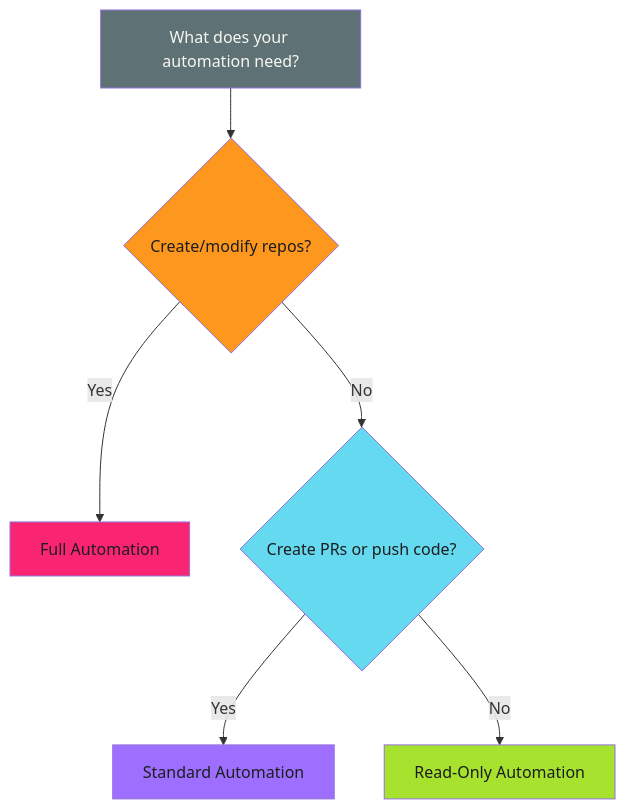
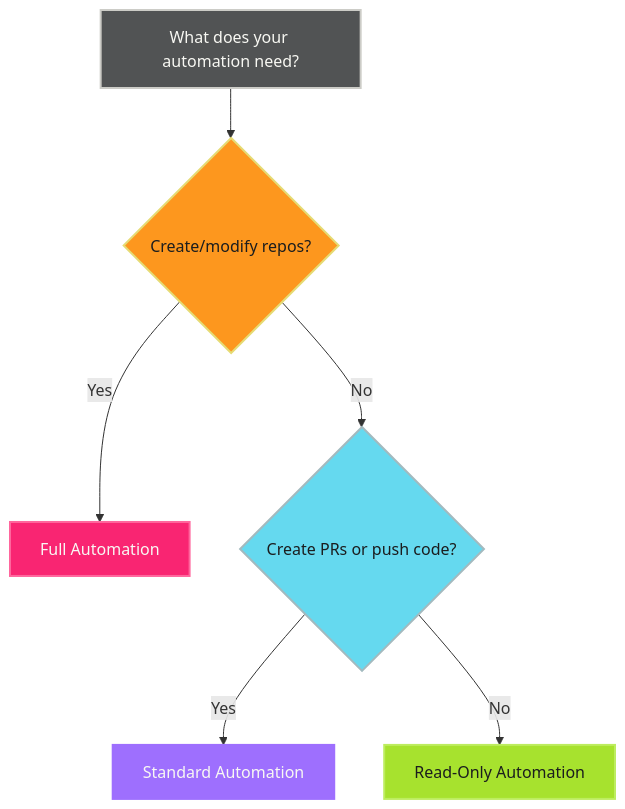
The diagram in docs/operator-manual/github-actions/github-app-setup/permission-patterns.md (adaptive-enforcement-lab/adaptive-enforcement-lab-com), drawn with Mermaid before and after one commit.

Commit message:
Improve flowchart contrast for dark mode

````diff
--- a/docs/operator-manual/github-actions/github-app-setup/permission-patterns.md
+++ b/docs/operator-manual/github-actions/github-app-setup/permission-patterns.md
@@ -73,16 +73,16 @@
 ```mermaid
 flowchart TD
     A[What does your automation need?] --> B{Create/modify repos?}
     B -->|Yes| C[Full Automation]
     B -->|No| D{Create PRs or push code?}
     D -->|Yes| E[Standard Automation]
     D -->|No| F[Read-Only Automation]
 
-    %% Ghostty Hardcore Theme
-    style A fill:#5e7175,color:#f8f8f3
-    style B fill:#fd971e,color:#1b1d1e
-    style C fill:#f92572,color:#1b1d1e
-    style D fill:#65d9ef,color:#1b1d1e
-    style E fill:#9e6ffe,color:#1b1d1e
-    style F fill:#a7e22e,color:#1b1d1e
+    %% Ghostty Hardcore Theme (dark mode optimized)
+    style A fill:#515354,color:#f8f8f3,stroke:#ccccc7,stroke-width:2px
+    style B fill:#fd971e,color:#1b1d1e,stroke:#e6db74,stroke-width:2px
+    style C fill:#f92572,color:#f8f8f3,stroke:#ff669d,stroke-width:2px
+    style D fill:#65d9ef,color:#1b1d1e,stroke:#a3babf,stroke-width:2px
+    style E fill:#9e6ffe,color:#f8f8f3,stroke:#9e6ffe,stroke-width:2px
+    style F fill:#a7e22e,color:#1b1d1e,stroke:#bded5f,stroke-width:2px
 ```
````
